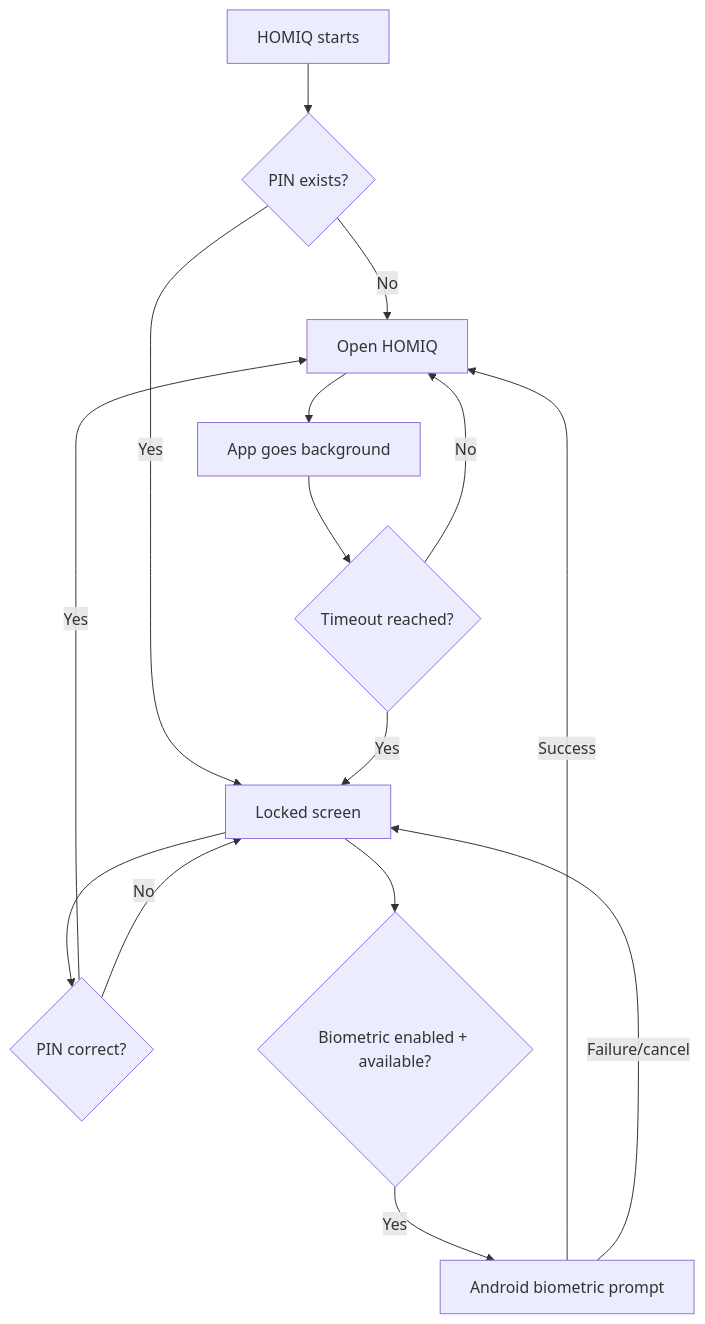
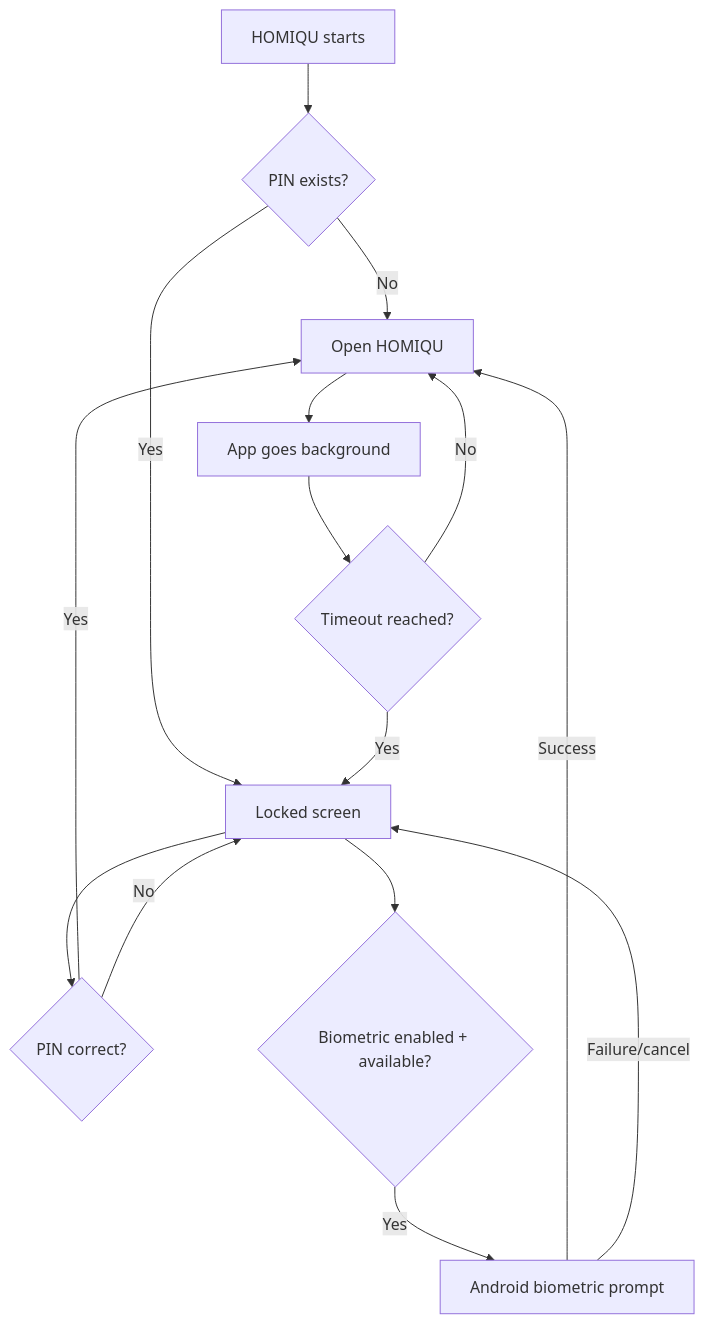
Before and after one commit to IzokaGM/HOMIQ: the diagram in docs/FLOWCHART.md, drawn with Mermaid. The commit also changed other lines of this file and 27 other files, not shown here.

````diff
--- a/docs/FLOWCHART.md
+++ b/docs/FLOWCHART.md
@@ -8,17 +8,17 @@
 ```mermaid
 flowchart TD
-    A[HOMIQ starts] --> B{PIN exists?}
-    B -- No --> C[Open HOMIQ]
+    A[HOMIQU starts] --> B{PIN exists?}
+    B -- No --> C[Open HOMIQU]
     B -- Yes --> D[Locked screen]
     D --> E{PIN correct?}
     E -- Yes --> C
     E -- No --> D
     D --> F{Biometric enabled + available?}
     F -- Yes --> G[Android biometric prompt]
     G -- Success --> C
     G -- Failure/cancel --> D
     C --> H[App goes background]
     H --> I{Timeout reached?}
     I -- Yes --> D
     I -- No --> C
 ```
````
